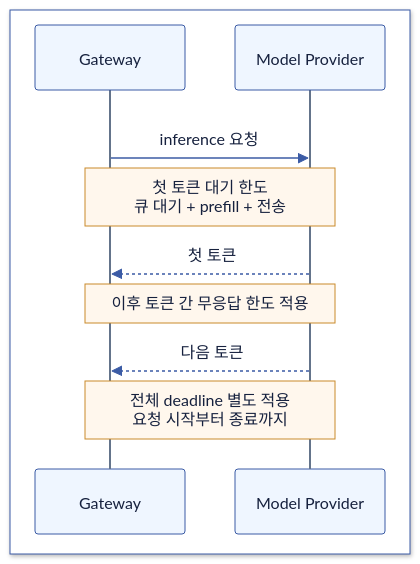
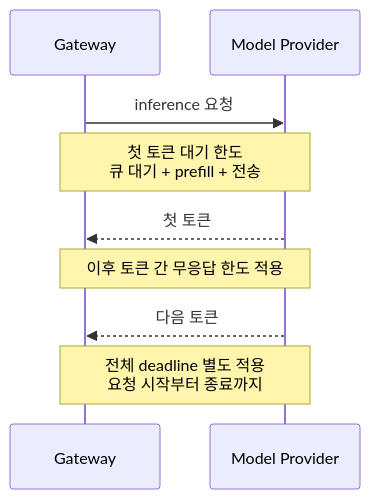
The fourth of 5 diagrams in computer-science/2606-모의면접-timeout.md (Hyune-s-lab/my-ai-study), drawn with Mermaid before and after one commit. The commit also changed other lines of this file and 49 other files, not shown here.

Commit message:
docs: 단순 다이어그램은 Mermaid로, 복잡한 배치는 SVG로 정리

````diff
--- a/computer-science/2606-모의면접-timeout.md
+++ b/computer-science/2606-모의면접-timeout.md
@@ -309,16 +229,11 @@
 ```mermaid
 sequenceDiagram
-%%{init: {"theme": "base", "darkMode": false, "themeVariables": {"background": "#ffffff", "primaryColor": "#EFF6FF", "primaryTextColor": "#16213E", "primaryBorderColor": "#3B5BA5", "secondaryColor": "#F0FDF4", "tertiaryColor": "#FAF5FF", "lineColor": "#3B5BA5", "textColor": "#16213E", "edgeLabelBackground": "#ffffff", "actorBkg": "#EFF6FF", "actorBorder": "#3B5BA5", "actorTextColor": "#16213E", "signalColor": "#3B5BA5", "signalTextColor": "#16213E", "noteBkgColor": "#FFF7ED", "noteBorderColor": "#C98A2B", "noteTextColor": "#16213E", "labelBoxBkgColor": "#EFF6FF", "labelTextColor": "#16213E", "loopTextColor": "#16213E", "actorLineColor": "#64748B", "labelBoxBorderColor": "#3B5BA5"}}}%%
-  box rgb(255, 255, 255)
-    participant G as Gateway
-    participant P as Model Provider
-  end
-  rect rgb(255, 255, 255)
-    G->>P: inference 요청
-    Note over G,P: 첫 토큰 대기 한도<br/>큐 대기 + prefill + 전송
-    P-->>G: 첫 토큰
-    Note over G,P: 이후 토큰 간 무응답 한도 적용
-    P-->>G: 다음 토큰
-    Note over G,P: 전체 deadline 별도 적용<br/>요청 시작부터 종료까지
-  end
+  participant G as Gateway
+  participant P as Model Provider
+  G->>P: inference 요청
+  Note over G,P: 첫 토큰 대기 한도<br/>큐 대기 + prefill + 전송
+  P-->>G: 첫 토큰
+  Note over G,P: 이후 토큰 간 무응답 한도 적용
+  P-->>G: 다음 토큰
+  Note over G,P: 전체 deadline 별도 적용<br/>요청 시작부터 종료까지
 ```
````
